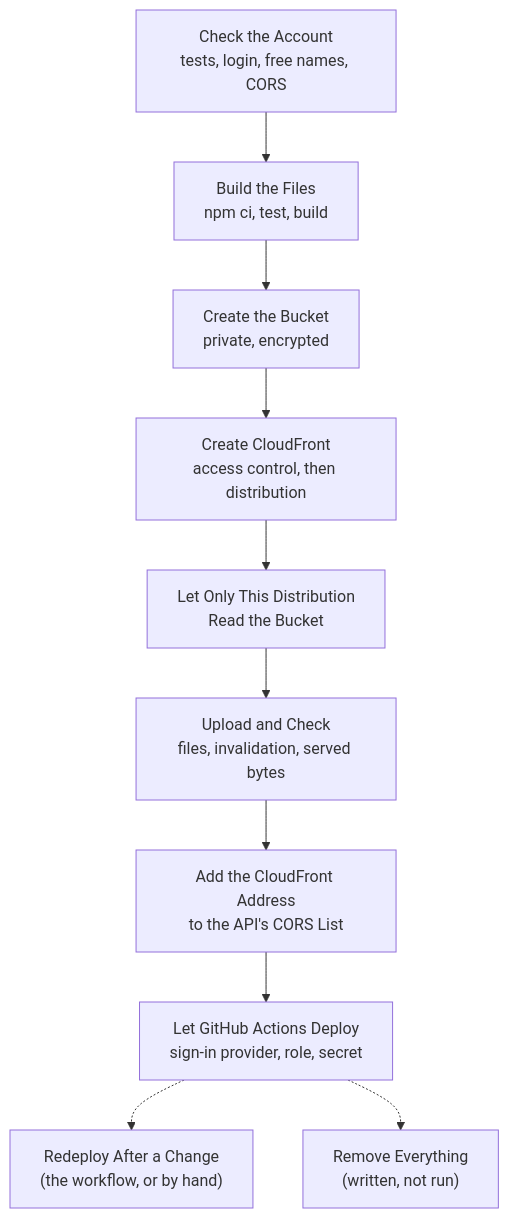
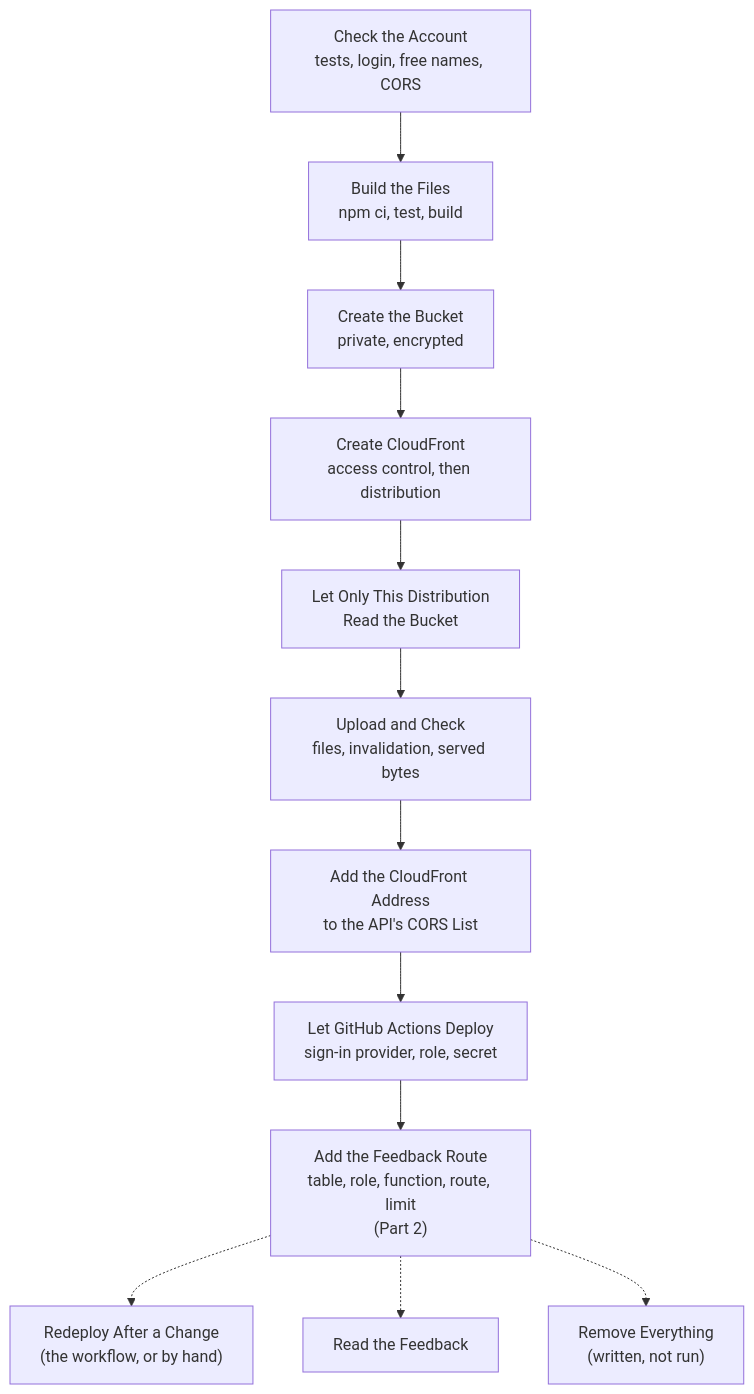
Before and after one commit to jconnors23/510-m3-nfl-prediction-analytics: the diagram in docs/implementation/phase-5/deployment-guide.md, drawn with Mermaid. The commit also changed other lines of this file and 16 other files, not shown here.

````diff
--- a/docs/implementation/phase-5/deployment-guide.md
+++ b/docs/implementation/phase-5/deployment-guide.md
@@ -12,12 +12,14 @@
 ```mermaid
 flowchart TB
     A["Check the Account<br/>tests, login, free names, CORS"] --> B["Build the Files<br/>npm ci, test, build"]
     B --> C["Create the Bucket<br/>private, encrypted"]
     C --> D["Create CloudFront<br/>access control, then distribution"]
     D --> E["Let Only This Distribution<br/>Read the Bucket"]
     E --> F["Upload and Check<br/>files, invalidation, served bytes"]
     F --> G["Add the CloudFront Address<br/>to the API's CORS List"]
     G --> J["Let GitHub Actions Deploy<br/>sign-in provider, role, secret"]
-    J -.-> H["Redeploy After a Change<br/>(the workflow, or by hand)"]
-    J -.-> I["Remove Everything<br/>(written, not run)"]
+    J --> K["Add the Feedback Route<br/>table, role, function, route, limit<br/>(Part 2)"]
+    K -.-> H["Redeploy After a Change<br/>(the workflow, or by hand)"]
+    K -.-> L["Read the Feedback"]
+    K -.-> I["Remove Everything<br/>(written, not run)"]
 ```
````
